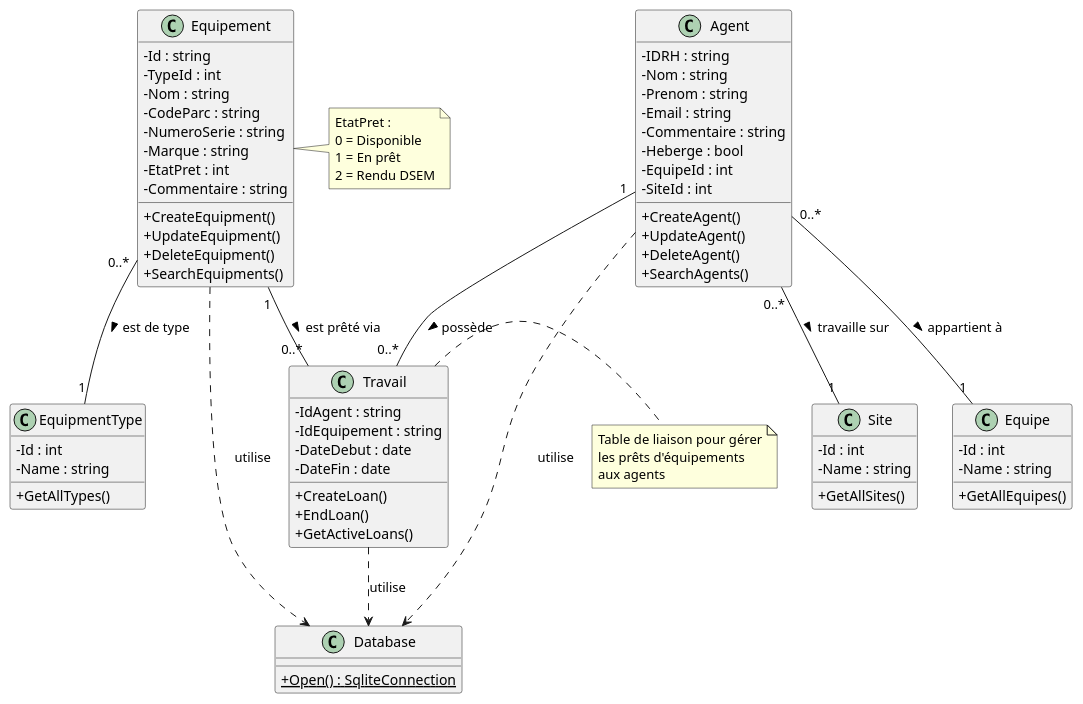
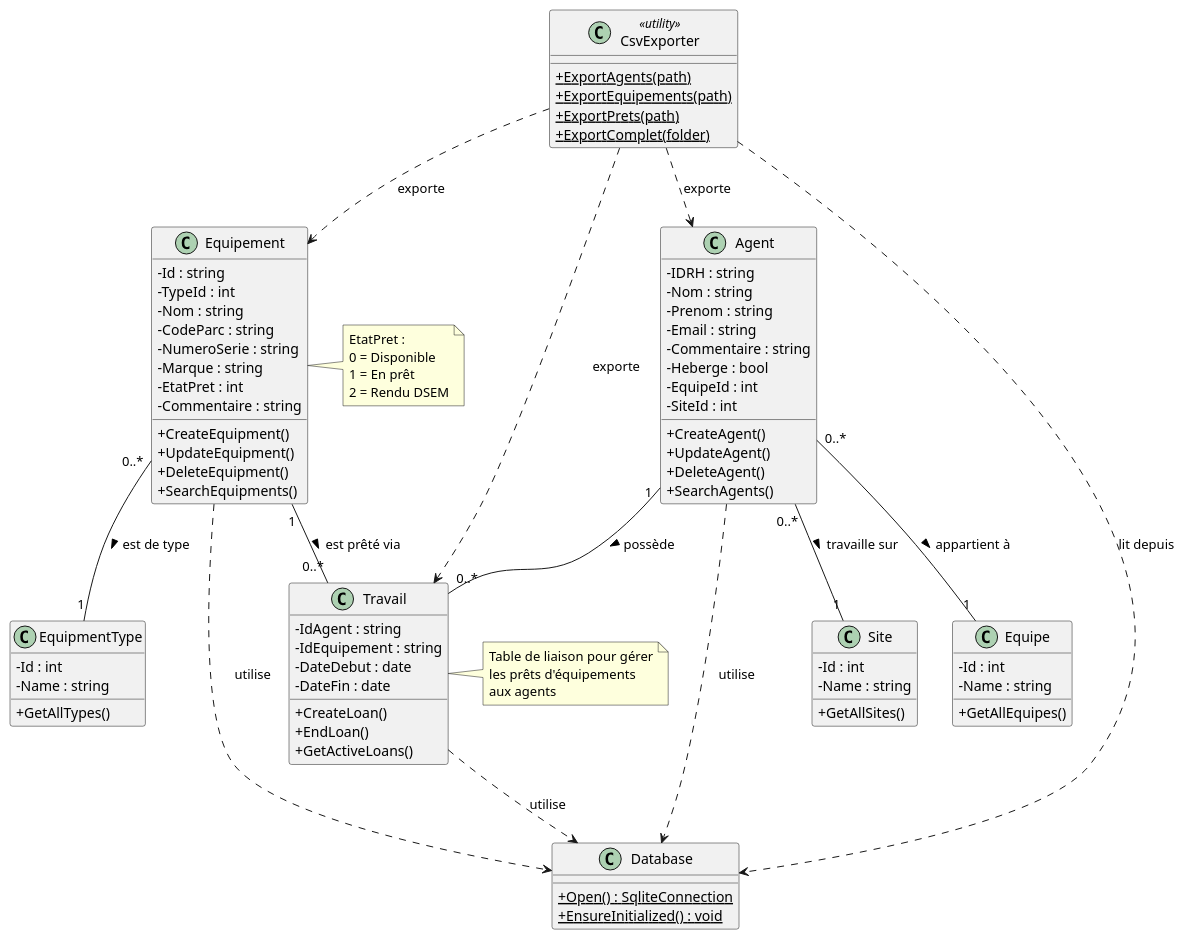
Before and after one commit to Dr-Revdev/GestionParc: the diagram in Docs/UML_DiagrammeClasses.md, drawn with PlantUML. The commit also changed other lines of this file and 6 other files, not shown here.

```diff
--- a/Docs/UML_DiagrammeClasses.md
+++ b/Docs/UML_DiagrammeClasses.md
@@ -133,6 +147,14 @@
 
 class Database {
   {static} + Open() : SqliteConnection
+  {static} + EnsureInitialized() : void
+}
+
+class CsvExporter <<utility>> {
+  {static} + ExportAgents(path)
+  {static} + ExportEquipements(path)
+  {static} + ExportPrets(path)
+  {static} + ExportComplet(folder)
 }
 
 ' Relations
@@ -145,6 +167,10 @@
 Agent ..> Database : utilise
 Equipement ..> Database : utilise
 Travail ..> Database : utilise
+CsvExporter ..> Database : lit depuis
+CsvExporter ..> Agent : exporte
+CsvExporter ..> Equipement : exporte
+CsvExporter ..> Travail : exporte
 
 note right of Travail
   Table de liaison pour gérer
```
